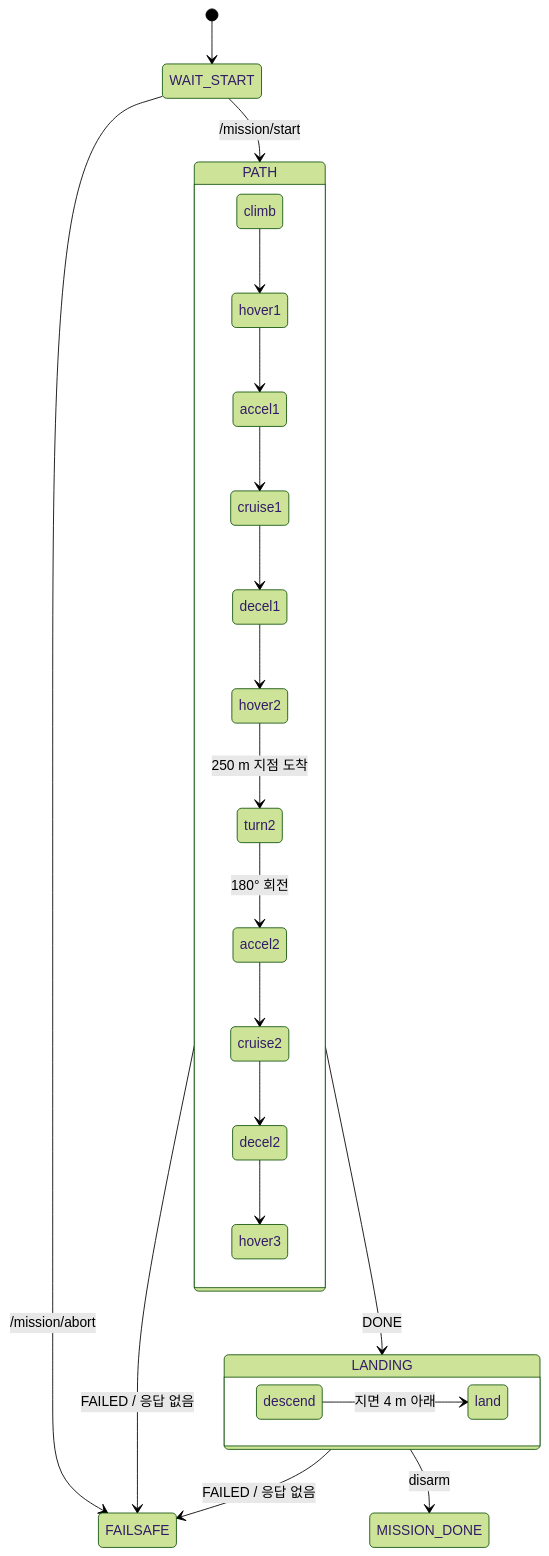
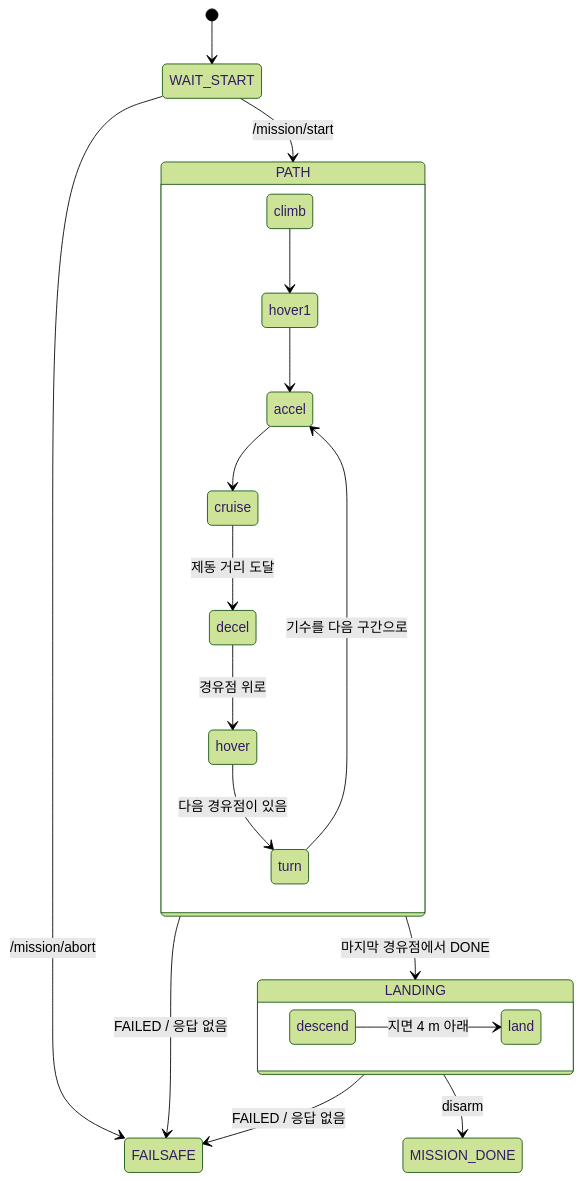
One commit to postech-psi/Aircraft-VTOL changed the fourth of 5 diagrams in docs/00_architecture.md. Above: the diagram before and after it, drawn with Mermaid (forest theme). The commit also changed other lines of this file and 13 other files, not shown here.

````diff
--- a/docs/00_architecture.md
+++ b/docs/00_architecture.md
@@ -159,28 +160,25 @@
 ```mermaid
 stateDiagram-v2
     direction TB
     [*] --> WAIT_START
     WAIT_START --> PATH: /mission/start
     state PATH {
         direction TB
         climb --> hover1
-        hover1 --> accel1
-        accel1 --> cruise1
-        cruise1 --> decel1
-        decel1 --> hover2
-        hover2 --> turn2: 250 m 지점 도착
-        turn2 --> accel2: 180° 회전
-        accel2 --> cruise2
-        cruise2 --> decel2
-        decel2 --> hover3
+        hover1 --> accel
+        accel --> cruise
+        cruise --> decel: 제동 거리 도달
+        decel --> hover: 경유점 위로
+        hover --> turn: 다음 경유점이 있음
+        turn --> accel: 기수를 다음 구간으로
     }
-    PATH --> LANDING: DONE
+    PATH --> LANDING: 마지막 경유점에서 DONE
     state LANDING {
         direction LR
         descend --> land: 지면 4 m 아래
     }
     LANDING --> MISSION_DONE: disarm
     PATH --> FAILSAFE: FAILED / 응답 없음
     LANDING --> FAILSAFE: FAILED / 응답 없음
     WAIT_START --> FAILSAFE: /mission/abort
 ```
````
